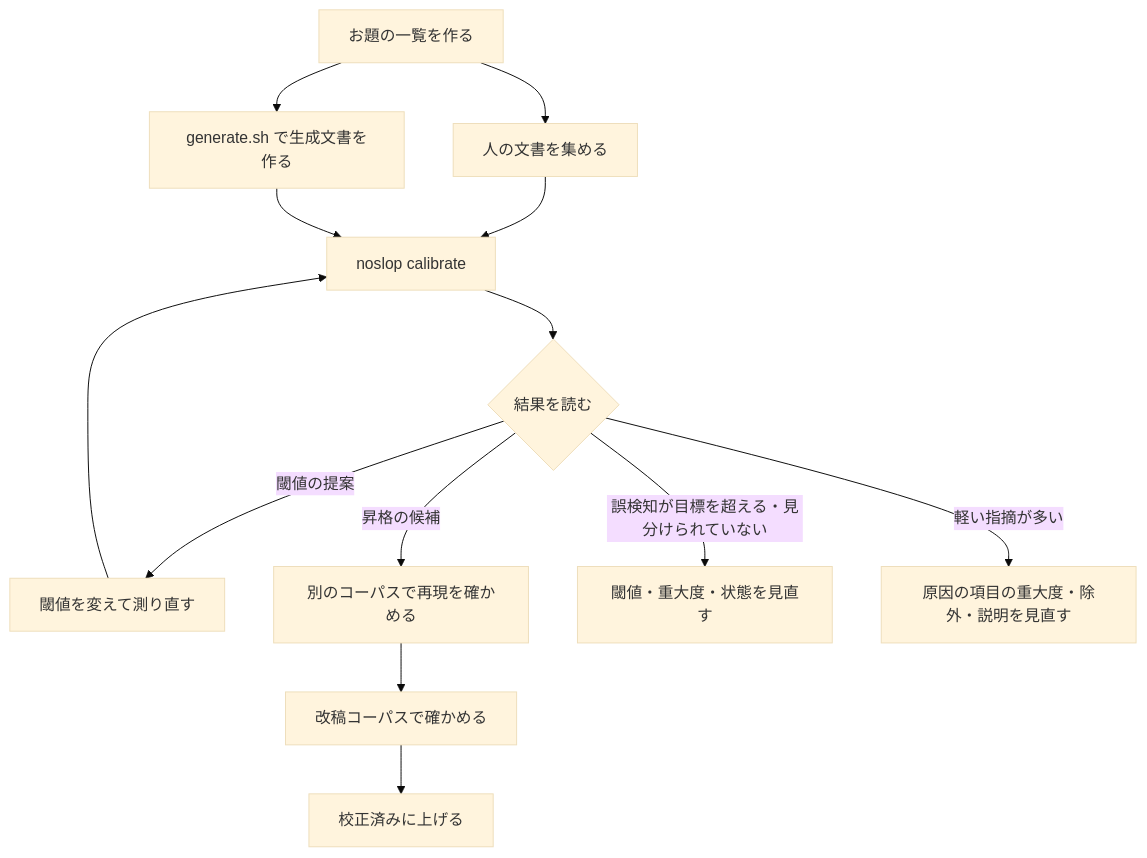
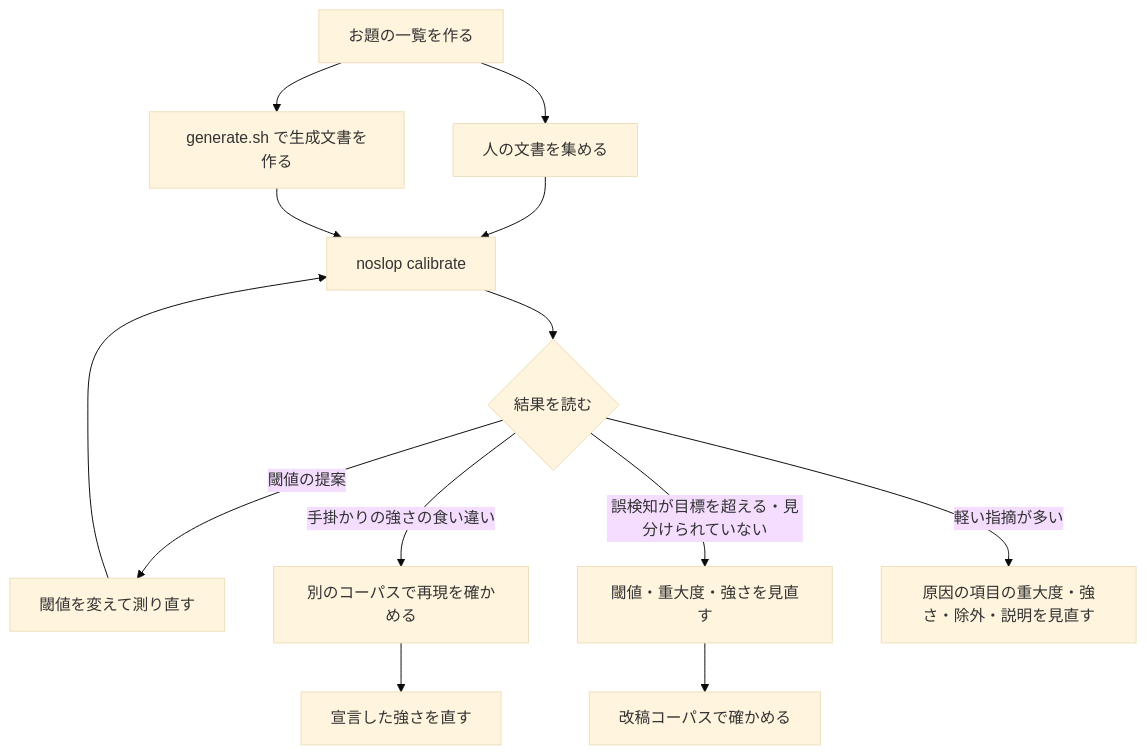
The first of 2 diagrams in docs/calibration.md (owayo/noslop), drawn with Mermaid (base theme) before and after one commit. The commit also changed other lines of this file and 81 other files, not shown here.

````diff
--- a/docs/calibration.md
+++ b/docs/calibration.md
@@ -9,15 +9,15 @@
 ```mermaid
 flowchart TD
     topics[お題の一覧を作る] --> human[人の文書を集める]
     topics --> gen[generate.sh で生成文書を作る]
     human --> calib[noslop calibrate]
     gen --> calib
     calib --> read{結果を読む}
     read -->|閾値の提案| tune[閾値を変えて測り直す]
     tune --> calib
-    read -->|昇格の候補| confirm[別のコーパスで再現を確かめる]
-    confirm --> revise[改稿コーパスで確かめる]
-    revise --> promote[校正済みに上げる]
-    read -->|誤検知が目標を超える・見分けられていない| review[閾値・重大度・状態を見直す]
-    read -->|軽い指摘が多い| light[原因の項目の重大度・除外・説明を見直す]
+    read -->|手掛かりの強さの食い違い| confirm[別のコーパスで再現を確かめる]
+    confirm --> signal[宣言した強さを直す]
+    read -->|誤検知が目標を超える・見分けられていない| review[閾値・重大度・強さを見直す]
+    read -->|軽い指摘が多い| light[原因の項目の重大度・強さ・除外・説明を見直す]
+    review --> revise[改稿コーパスで確かめる]
 ```
````
